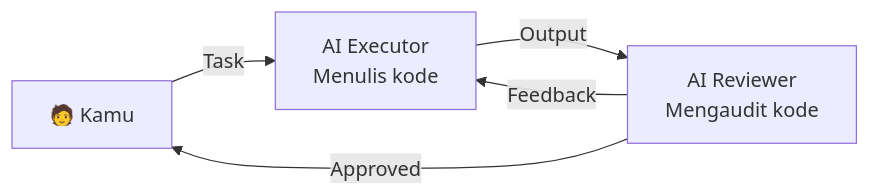
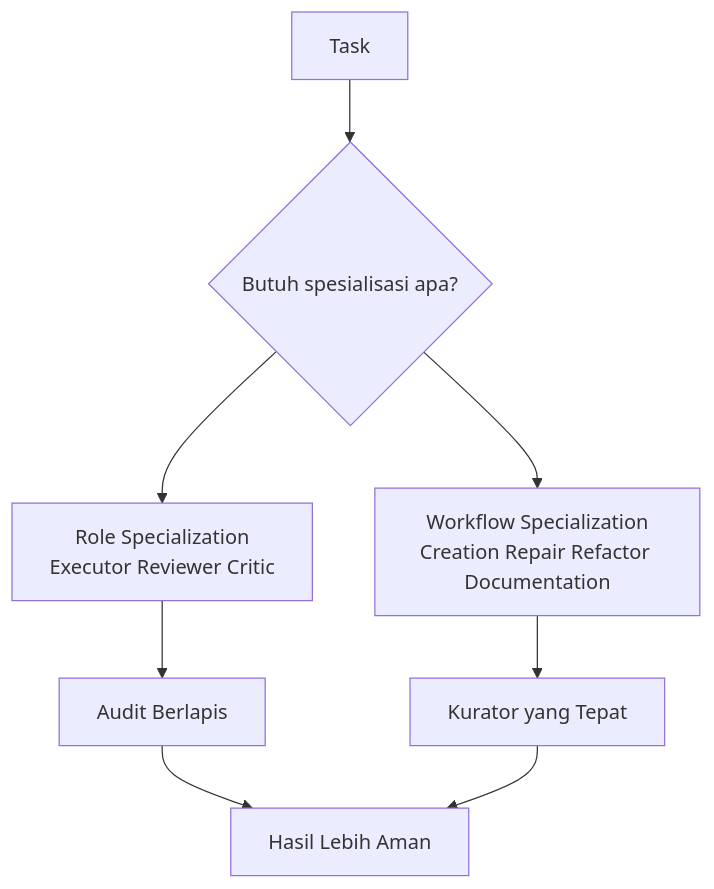
One commit to syahputrawork98-sketch/Cursor-SOP changed the diagram in RAK-07-Specialization/README.md. Above: the diagram before and after it, drawn with Mermaid. The commit also changed other lines of this file and 35 other files, not shown here.

````diff
--- a/RAK-07-Specialization/README.md
+++ b/RAK-07-Specialization/README.md
@@ -19,7 +34,10 @@
 ```mermaid
-graph LR
-    A[🧑 Kamu] -->|Task| B[AI Executor\nMenulis kode]
-    B -->|Output| C[AI Reviewer\nMengaudit kode]
-    C -->|Feedback| B
-    C -->|Approved| A
+graph TD
+    A[Task] --> B{Butuh spesialisasi apa?}
+    B --> C[Role Specialization\nExecutor Reviewer Critic]
+    B --> D[Workflow Specialization\nCreation Repair Refactor Documentation]
+    C --> E[Audit Berlapis]
+    D --> F[Kurator yang Tepat]
+    E --> G[Hasil Lebih Aman]
+    F --> G
 ```
````
